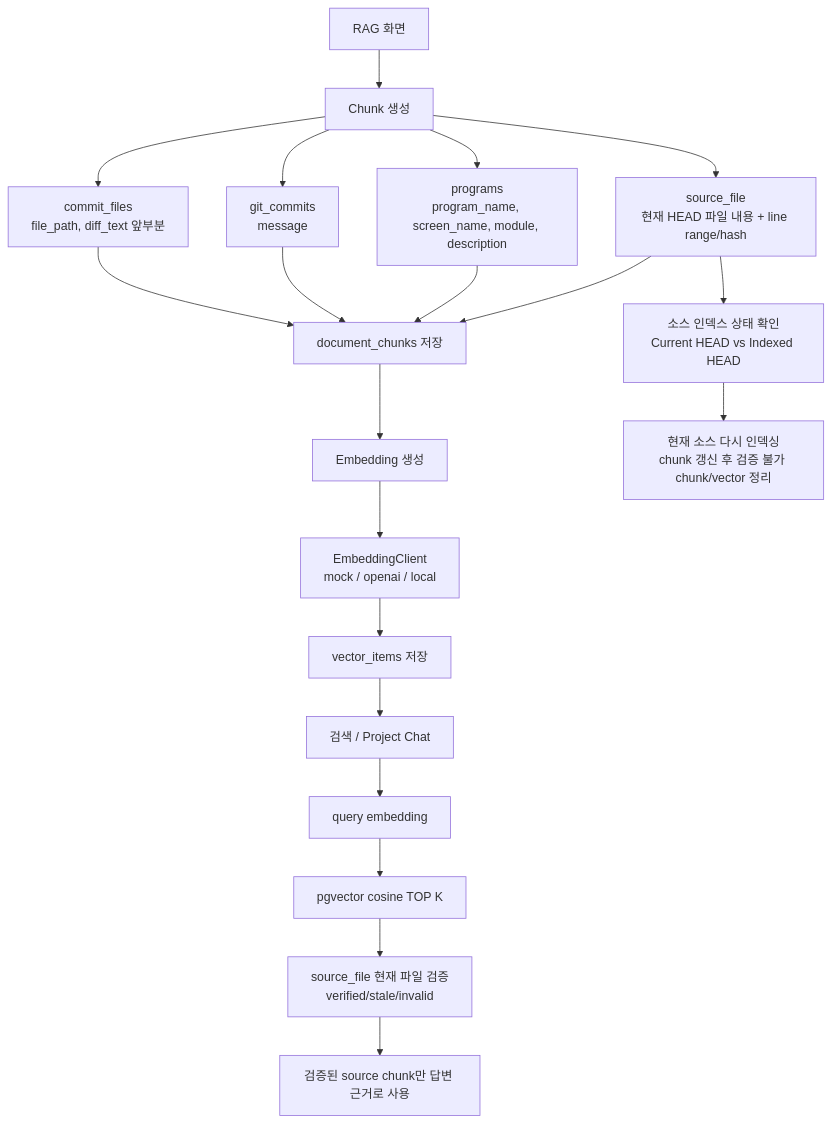
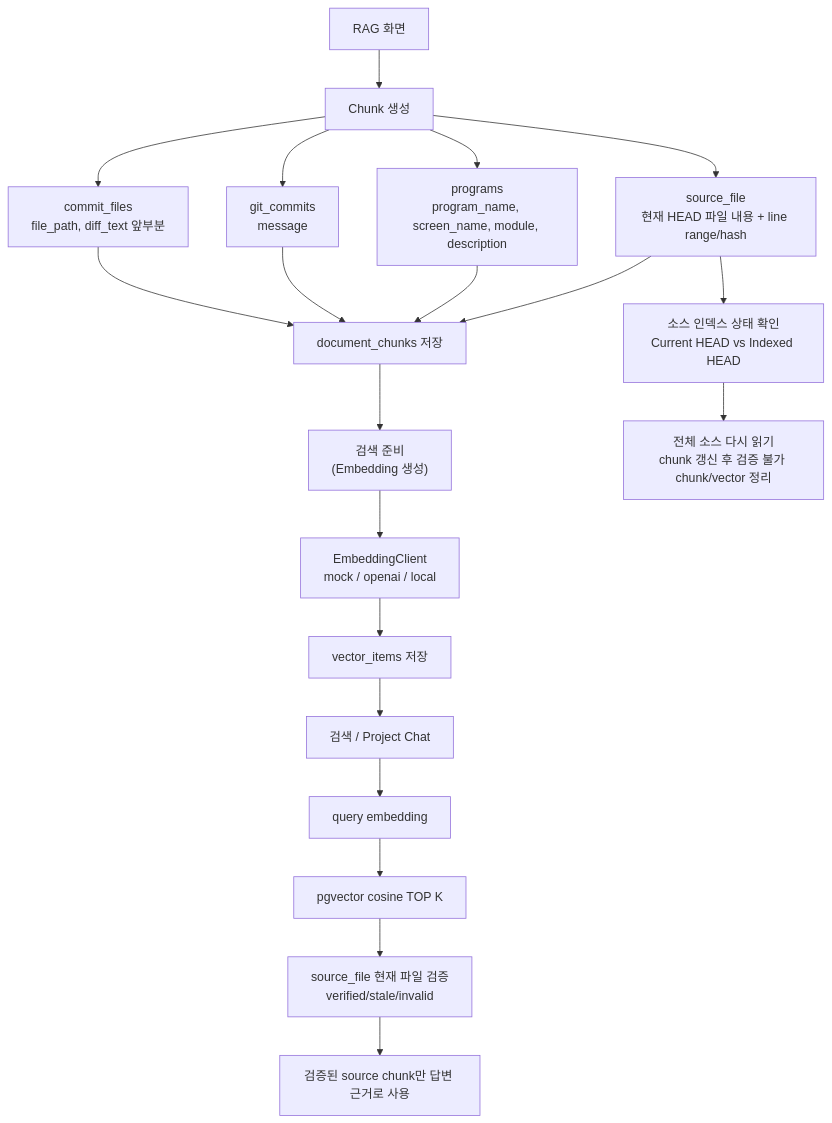
The seventh of 10 diagrams in docs/architecture.md (ino5/ai-commit-advisor-26), drawn with Mermaid before and after one commit. The commit also changed other lines of this file and 15 other files, not shown here.

````diff
--- a/docs/architecture.md
+++ b/docs/architecture.md
@@ -549,22 +549,22 @@
 ```mermaid
 flowchart TD
     A["RAG 화면"] --> B["Chunk 생성"]
     B --> C["source_file<br/>현재 HEAD 파일 내용 + line range/hash"]
     B --> D["programs<br/>program_name, screen_name, module, description"]
     B --> E["git_commits<br/>message"]
     B --> F["commit_files<br/>file_path, diff_text 앞부분"]
     C --> G["document_chunks 저장"]
     D --> G
     E --> G
     F --> G
-    G --> H["Embedding 생성"]
+    G --> H["검색 준비<br/>(Embedding 생성)"]
     H --> I["EmbeddingClient<br/>mock / openai / local"]
     I --> J["vector_items 저장"]
     J --> K["검색 / Project Chat"]
     K --> L["query embedding"]
     L --> M["pgvector cosine TOP K"]
     M --> N["source_file 현재 파일 검증<br/>verified/stale/invalid"]
     N --> O["검증된 source chunk만 답변 근거로 사용"]
     C --> P["소스 인덱스 상태 확인<br/>Current HEAD vs Indexed HEAD"]
-    P --> Q["현재 소스 다시 인덱싱<br/>chunk 갱신 후 검증 불가 chunk/vector 정리"]
+    P --> Q["전체 소스 다시 읽기<br/>chunk 갱신 후 검증 불가 chunk/vector 정리"]
 ```
````
